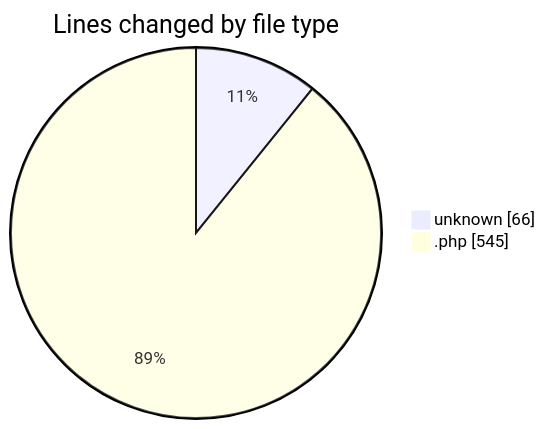
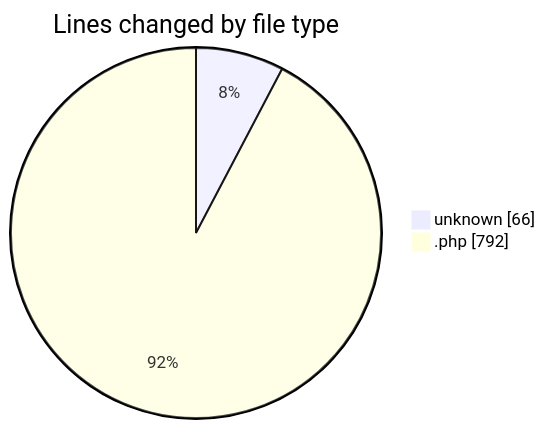
One commit to idhammustaqopulfikri/code-tracking changed the first of 2 diagrams in 2025-05-27/studio-backend/README.md. Above: the diagram before and after it, drawn with Mermaid. The commit also changed other lines of this file and 1 other file, not shown here.

````diff
--- a/2025-05-27/studio-backend/README.md
+++ b/2025-05-27/studio-backend/README.md
@@ -31,6 +37,6 @@
 ```mermaid
 pie showData
 title Lines changed by file type
 "unknown" : 66
-".php" : 545
+".php" : 792
 ```
````
